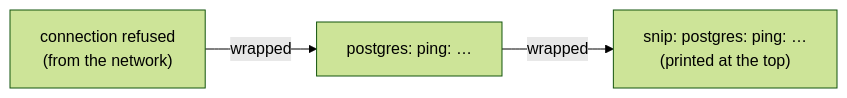
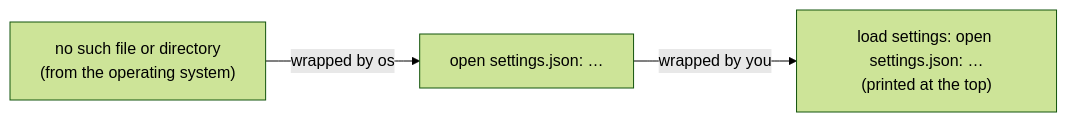
The diagram in docs/go/types-structs-errors.mdx (jawwadzafar/zero-to-prod), drawn with Mermaid (forest theme) before and after one commit. The commit also changed other lines of this file and 1 other file, not shown here.

Commit message:
docs: 4.2 teaches structs, tags, sentinel errors and wrapping on standalone examples first; snip's link.go is now the closing 'Apply it to snip' section. 4.1 diagram names the built file hello, not snip

````diff
--- a/docs/go/types-structs-errors.mdx
+++ b/docs/go/types-structs-errors.mdx
@@ -210,4 +230,4 @@
 ```mermaid
 flowchart LR
-    A["connection refused<br/>(from the network)"] -->|"wrapped"| B["postgres: ping: …"] -->|"wrapped"| C["snip: postgres: ping: …<br/>(printed at the top)"]
+    A["no such file or directory<br/>(from the operating system)"] -->|"wrapped by os"| B["open settings.json: …"] -->|"wrapped by you"| C["load settings: open settings.json: …<br/>(printed at the top)"]
 ```
````
